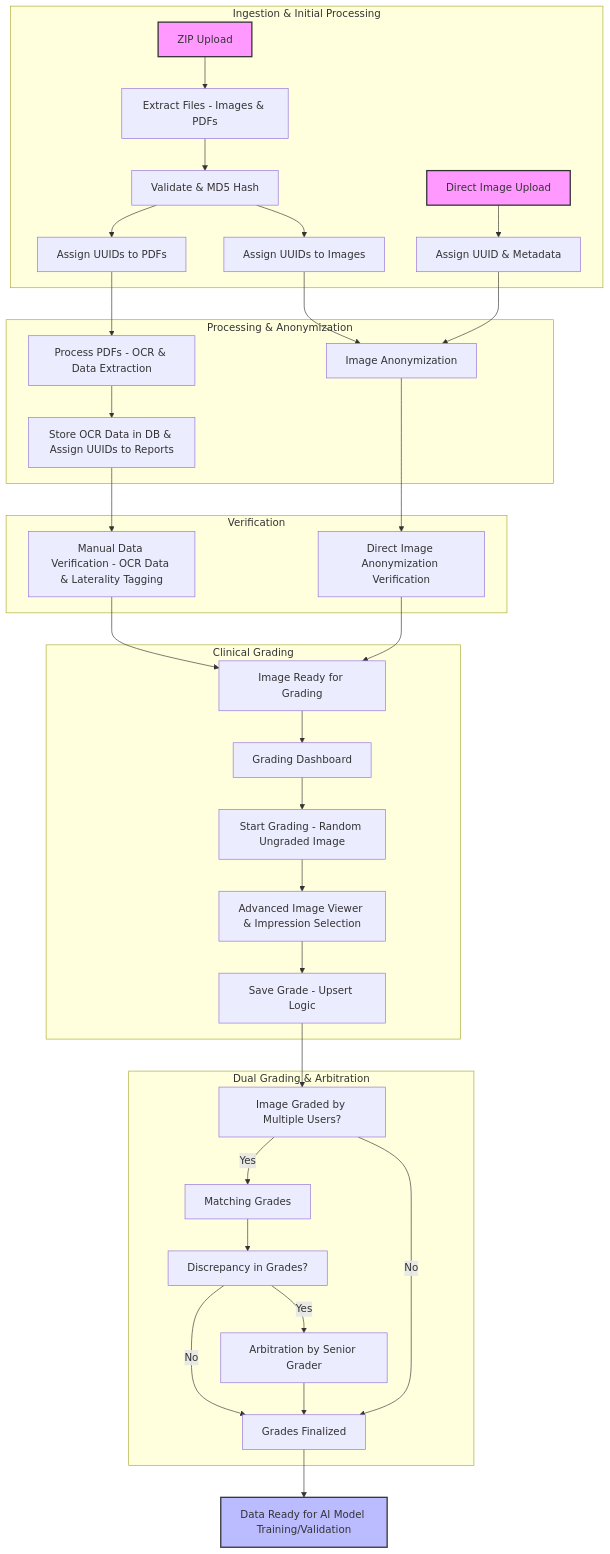
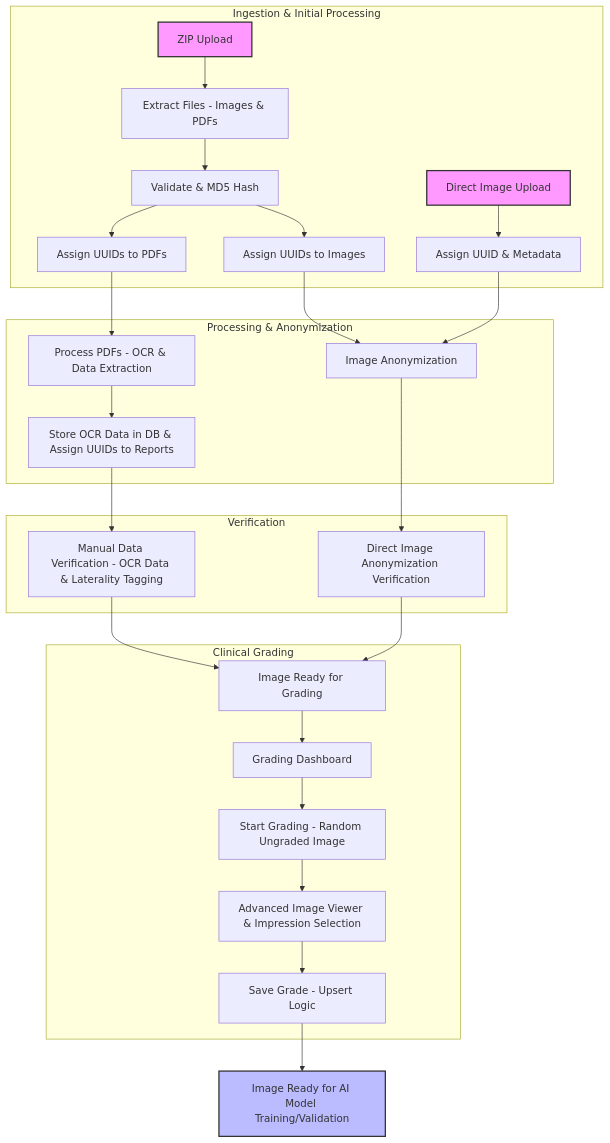
One commit to drguptavivek/fundus_img_xtract changed the diagram in docs/README.md. Above: the diagram before and after it, drawn with Mermaid. The commit also changed other lines of this file and 34 other files, not shown here.

````diff
--- a/docs/README.md
+++ b/docs/README.md
@@ -65,51 +57,41 @@
 ```mermaid
 flowchart TD
     subgraph Ingestion & Initial Processing
         A[ZIP Upload] --> B[Extract Files - Images & PDFs];
         B --> C[Validate & MD5 Hash];
         C --> D1[Assign UUIDs to Images];
         C --> D2[Assign UUIDs to PDFs];
 
         E[Direct Image Upload] --> F[Assign UUID & Metadata];
     end
 
     subgraph Processing & Anonymization
         D1 --> G[Image Anonymization];
         F --> G;
 
         D2 --> H[Process PDFs - OCR & Data Extraction];
         H --> I[Store OCR Data in DB & Assign UUIDs to Reports];
     end
 
     subgraph Verification
         I --> J[Manual Data Verification - OCR Data & Laterality Tagging];
         G --> K[Direct Image Anonymization Verification];
     end
 
     subgraph Clinical Grading
         J --> L[Image Ready for Grading];
         K --> L;
 
         L --> M[Grading Dashboard];
         M --> N[Start Grading - Random Ungraded Image];
         N --> O[Advanced Image Viewer & Impression Selection];
         O --> P[Save Grade - Upsert Logic];
     end
 
-    subgraph Dual Grading & Arbitration
-        P --> Q[Image Graded by Multiple Users?];
-        Q -- Yes --> R[Matching Grades];
-        R --> S[Discrepancy in Grades?];
-        S -- Yes --> T[Arbitration by Senior Grader];
-        S -- No --> U[Grades Finalized];
-        T --> U;
-        Q -- No --> U;
-    end
-
-    U --> V[Data Ready for AI Model Training/Validation];
+    P --> Q[Image Ready for AI Model Training/Validation];
 
     style A fill:#f9f,stroke:#333,stroke-width:2px;
     style E fill:#f9f,stroke:#333,stroke-width:2px;
-    style V fill:#bbf,stroke:#333,stroke-width:2px;
+    style Q fill:#bbf,stroke:#333,stroke-width:2px;
 
 ```
````
